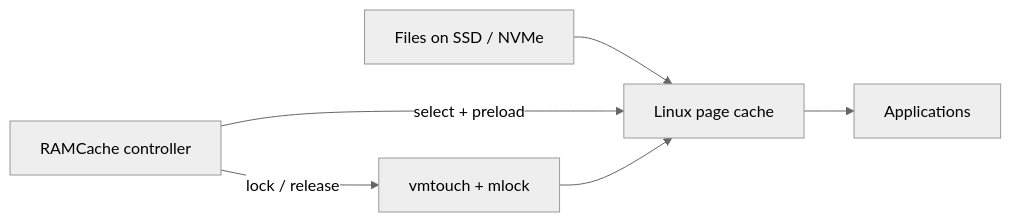
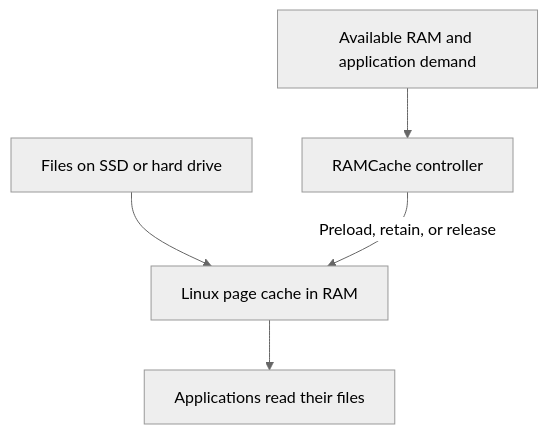
One commit to MagnetosphereLabs/RamCache changed the first of 2 diagrams in README.md. Above: the diagram before and after it, drawn with Mermaid (neutral theme). The commit also changed other lines of this file, not shown here.

````diff
--- a/README.md
+++ b/README.md
@@ -188,14 +110,7 @@
 ```mermaid
-flowchart LR
-    A["Files on SSD / NVMe"]
-    B["Linux page cache"]
-    C["vmtouch + mlock"]
-    D["Applications"]
-    E["RAMCache controller"]
-
-    A --> B
-    E -->|"select + preload"| B
-    E -->|"lock / release"| C
-    C --> B
-    B --> D
+flowchart TD
+    A["Files on SSD or hard drive"] --> B["Linux page cache in RAM"]
+    B --> C["Applications read their files"]
+    D["RAMCache controller"] -->|"Preload, retain, or release"| B
+    E["Available RAM and application demand"] --> D
 ```
````
